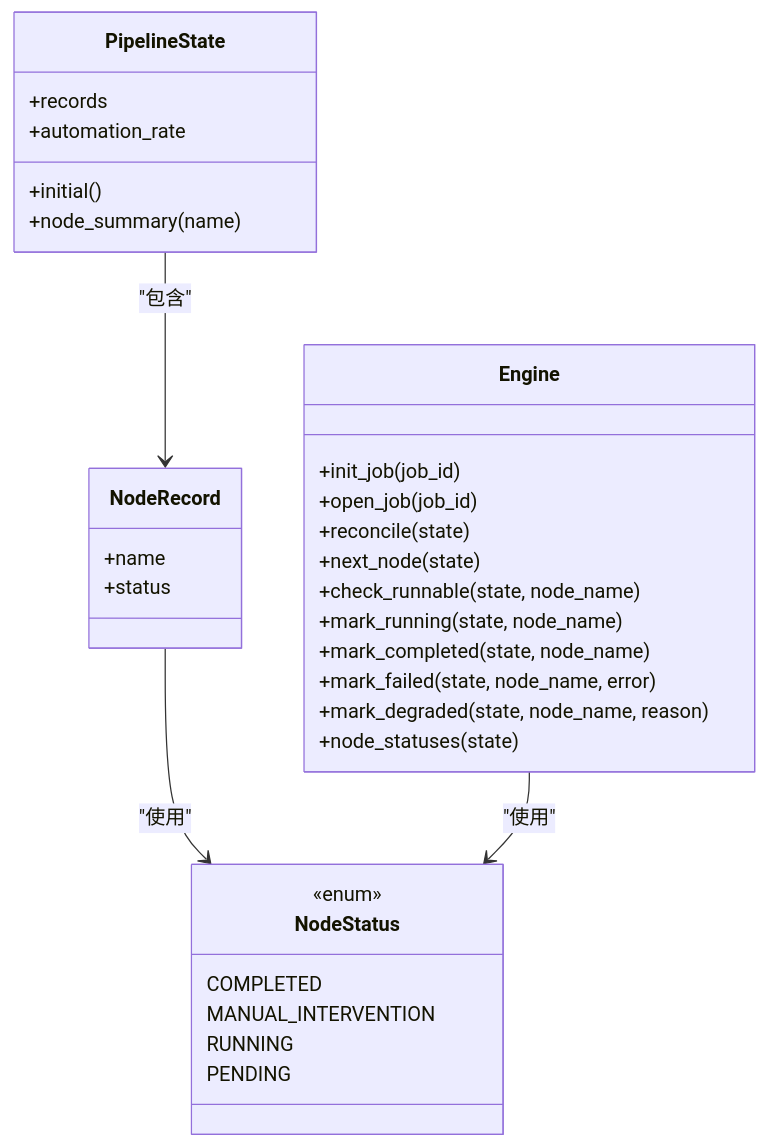
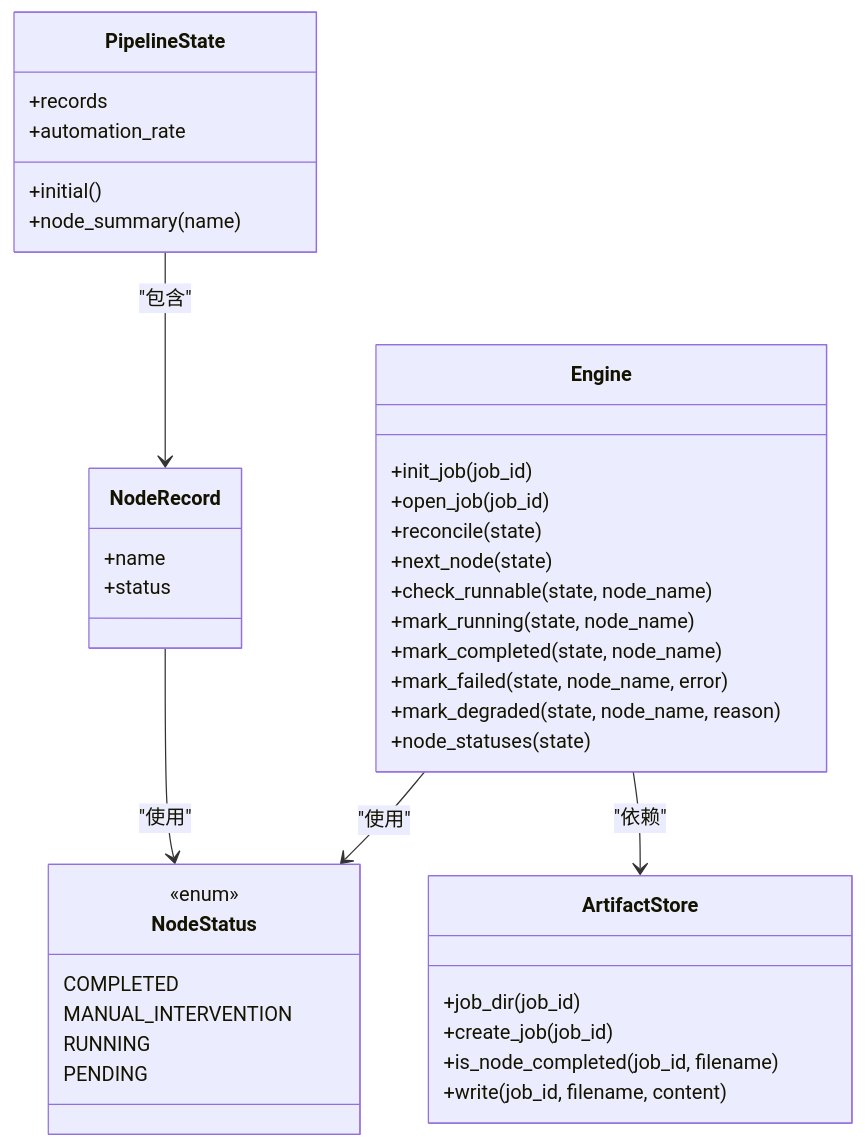
Before and after one commit to Joeyzheng001/LLM-AutoTest: the third of 3 diagrams in .qoder/repowiki/zh/content/API参考文档/编排服务API.md, drawn with Mermaid. The commit also changed other lines of this file and 94 other files, not shown here.

````diff
--- a/.qoder/repowiki/zh/content/API参考文档/编排服务API.md
+++ b/.qoder/repowiki/zh/content/API参考文档/编排服务API.md
@@ -154,35 +464,42 @@
 ```mermaid
 classDiagram
 class PipelineState {
 +records
 +initial()
 +node_summary(name)
 +automation_rate
 }
 class NodeRecord {
 +name
 +status
 }
 class NodeStatus {
 <<enum>>
 COMPLETED
 MANUAL_INTERVENTION
 RUNNING
 PENDING
 }
 class Engine {
 +init_job(job_id)
 +open_job(job_id)
 +reconcile(state)
 +next_node(state)
 +check_runnable(state, node_name)
 +mark_running(state, node_name)
 +mark_completed(state, node_name)
 +mark_failed(state, node_name, error)
 +mark_degraded(state, node_name, reason)
 +node_statuses(state)
 }
+class ArtifactStore {
++job_dir(job_id)
++create_job(job_id)
++is_node_completed(job_id, filename)
++write(job_id, filename, content)
+}
 PipelineState --> NodeRecord : "包含"
 NodeRecord --> NodeStatus : "使用"
 Engine --> NodeStatus : "使用"
+Engine --> ArtifactStore : "依赖"
 ```
````
